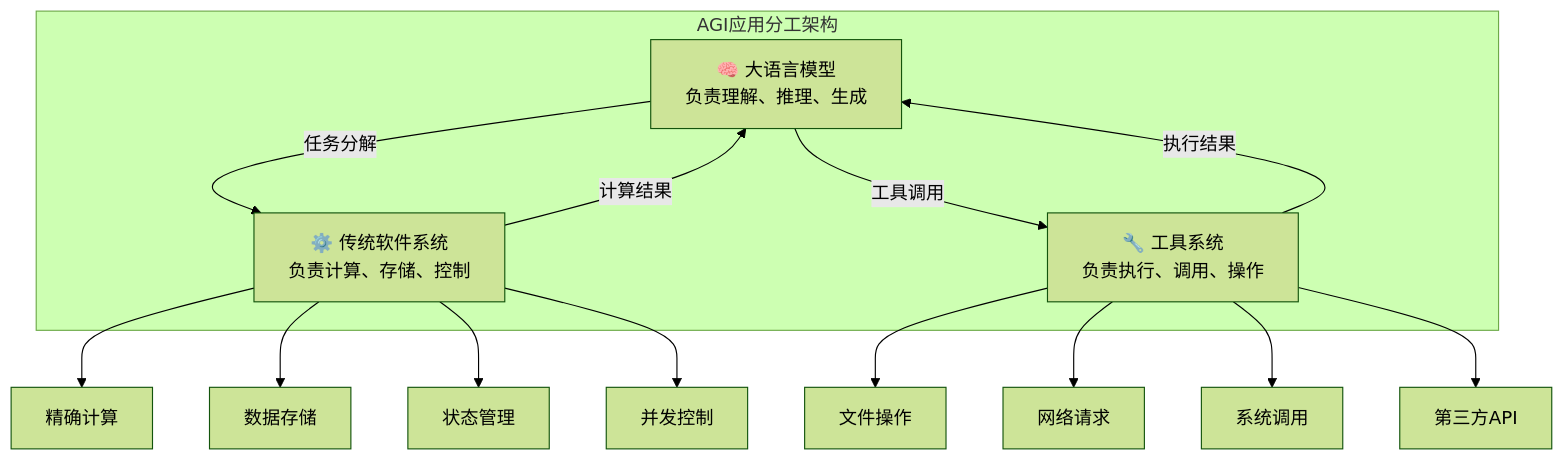
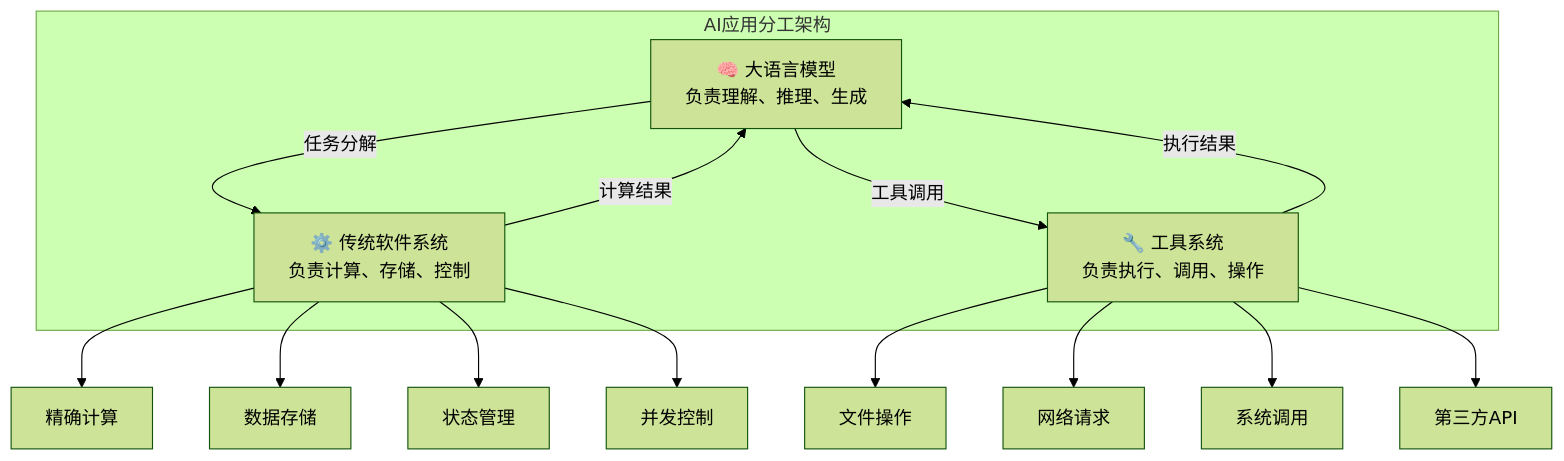
The fifth of 6 diagrams in 第零部分_核心概念预览/0.3_核心开发理念.md (youyoude/agi-app-dev-guide-book), drawn with Mermaid (forest theme) before and after one commit. The commit also changed other lines of this file and 42 other files, not shown here.

````diff
--- a/第零部分_核心概念预览/0.3_核心开发理念.md
+++ b/第零部分_核心概念预览/0.3_核心开发理念.md
@@ -176,23 +176,23 @@
 ```mermaid
 graph TB
-    subgraph "AGI应用分工架构"
+    subgraph "AI应用分工架构"
         LLM[🧠 大语言模型<br/>负责理解、推理、生成]
         SYS[⚙️ 传统软件系统<br/>负责计算、存储、控制]
         TOOLS[🔧 工具系统<br/>负责执行、调用、操作]
     end
     
     LLM --> |任务分解| SYS
     LLM --> |工具调用| TOOLS
     SYS --> |计算结果| LLM
     TOOLS --> |执行结果| LLM
     
     SYS --> SYS1[精确计算]
     SYS --> SYS2[数据存储]
     SYS --> SYS3[状态管理]
     SYS --> SYS4[并发控制]
     
     TOOLS --> TOOLS1[文件操作]
     TOOLS --> TOOLS2[网络请求]
     TOOLS --> TOOLS3[系统调用]
     TOOLS --> TOOLS4[第三方API]
 ```
````
